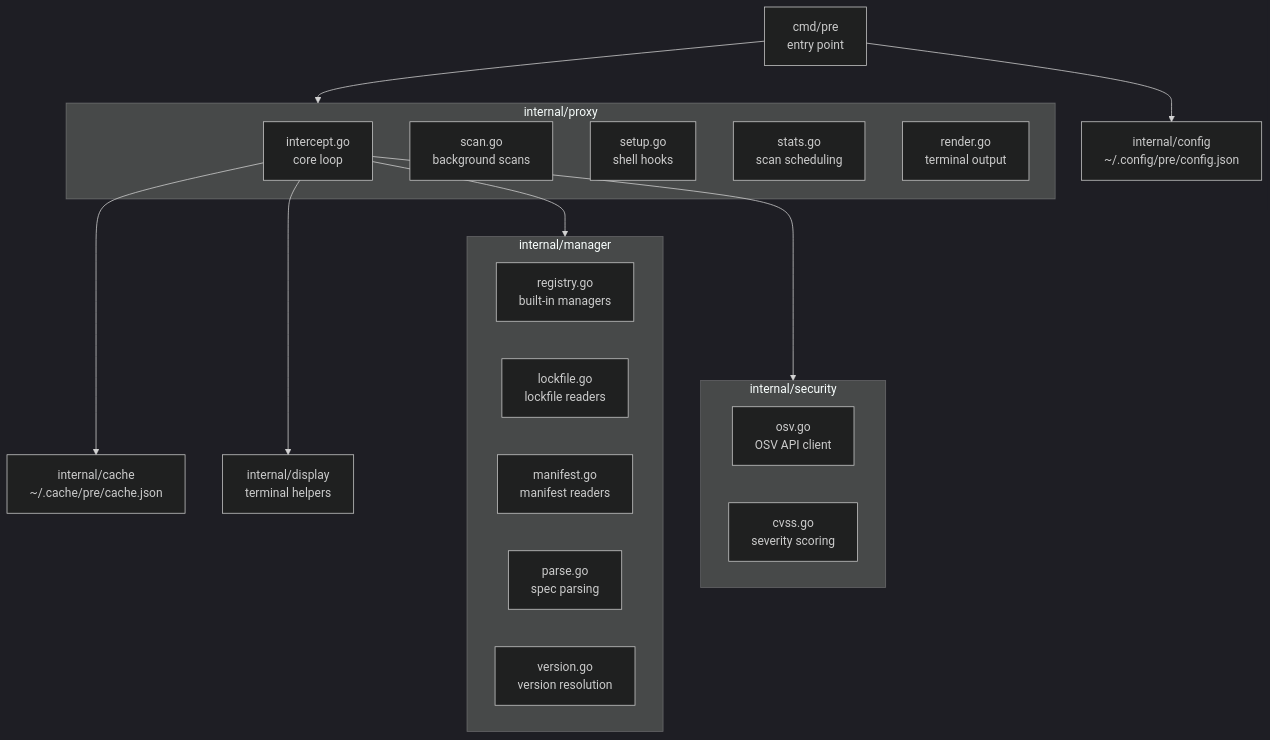
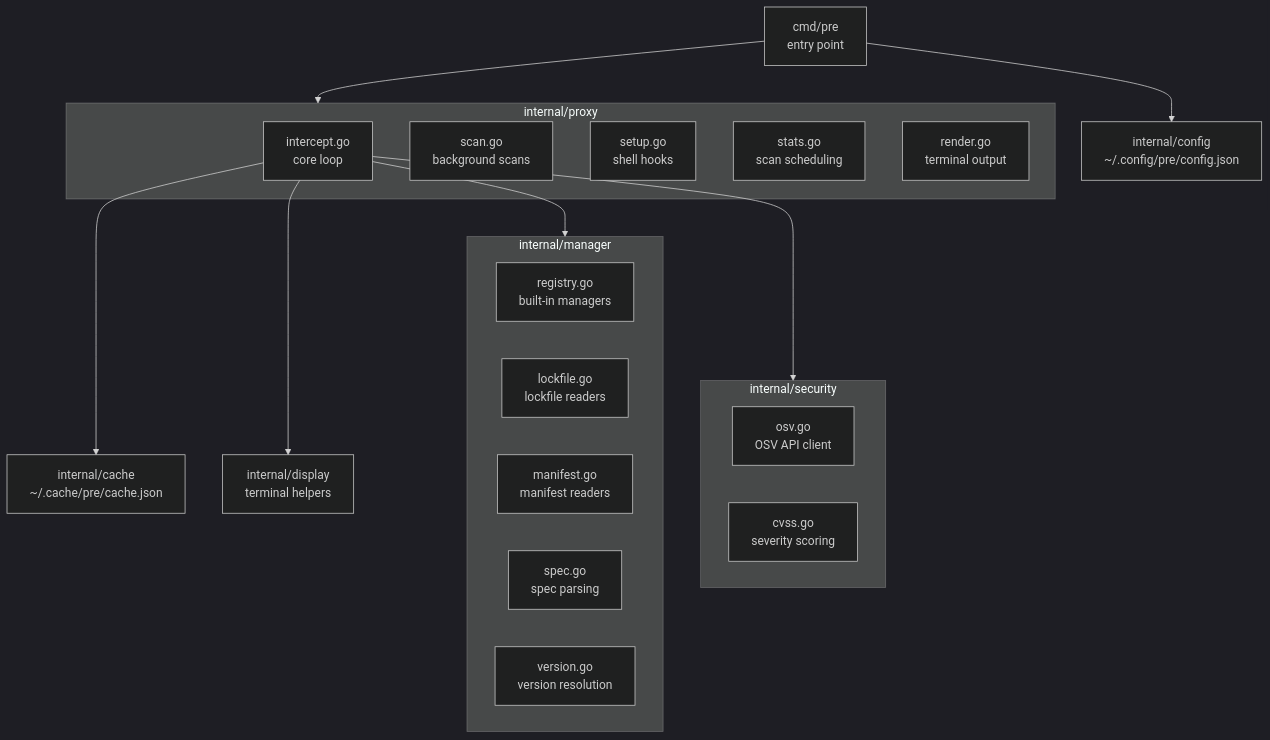
The second of 2 diagrams in README.md (yowainwright/pre), drawn with Mermaid (dark theme) before and after one commit. The commit also changed other lines of this file and 28 other files, not shown here.

````diff
--- a/README.md
+++ b/README.md
@@ -246,35 +246,35 @@
 ```mermaid
 graph TD
     CMD["cmd/pre\nentry point"] --> PROXY
 
     subgraph PROXY["internal/proxy"]
         I["intercept.go\ncore loop"]
         SC["scan.go\nbackground scans"]
         ST["setup.go\nshell hooks"]
         SS["stats.go\nscan scheduling"]
         R["render.go\nterminal output"]
     end
 
     subgraph MGR["internal/manager"]
         REG["registry.go\nbuilt-in managers"]
         LF["lockfile.go\nlockfile readers"]
         MF["manifest.go\nmanifest readers"]
-        PA["parse.go\nspec parsing"]
+        PA["spec.go\nspec parsing"]
         VR["version.go\nversion resolution"]
     end
 
     subgraph SEC["internal/security"]
         OSV["osv.go\nOSV API client"]
         CV["cvss.go\nseverity scoring"]
     end
 
     CACHE["internal/cache\n~/.cache/pre/cache.json"]
     CONFIG["internal/config\n~/.config/pre/config.json"]
     DISPLAY["internal/display\nterminal helpers"]
 
     I --> MGR
     I --> SEC
     I --> CACHE
     I --> DISPLAY
     CMD --> CONFIG
 ```
````
